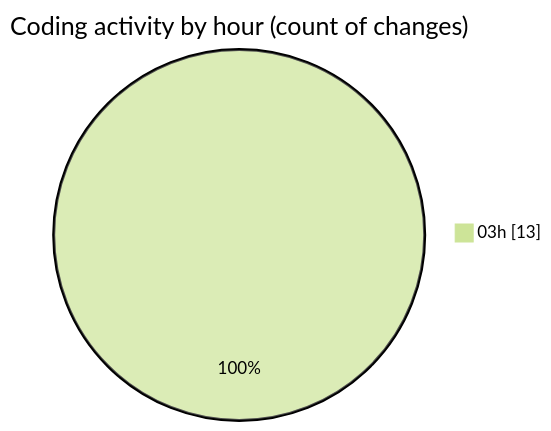
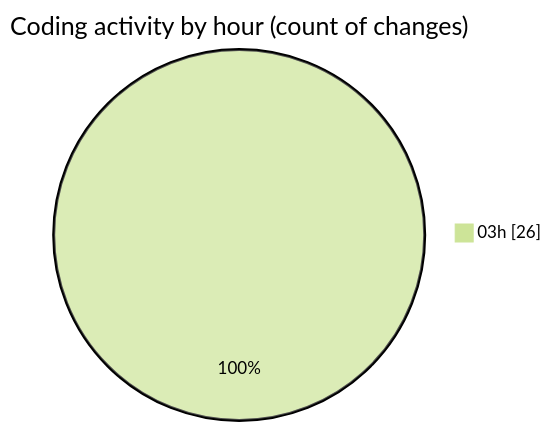
The second of 2 diagrams in 2025-06-20/modeljsondesigner/README.md (JenPaints/code-tracking), drawn with Mermaid (forest theme) before and after one commit. The commit also changed other lines of this file and 1 other file, not shown here.

````diff
--- a/2025-06-20/modeljsondesigner/README.md
+++ b/2025-06-20/modeljsondesigner/README.md
@@ -30,5 +33,5 @@
 ```mermaid
 pie showData
 title Coding activity by hour (count of changes)
-"03h" : 13
+"03h" : 26
 ```
````
